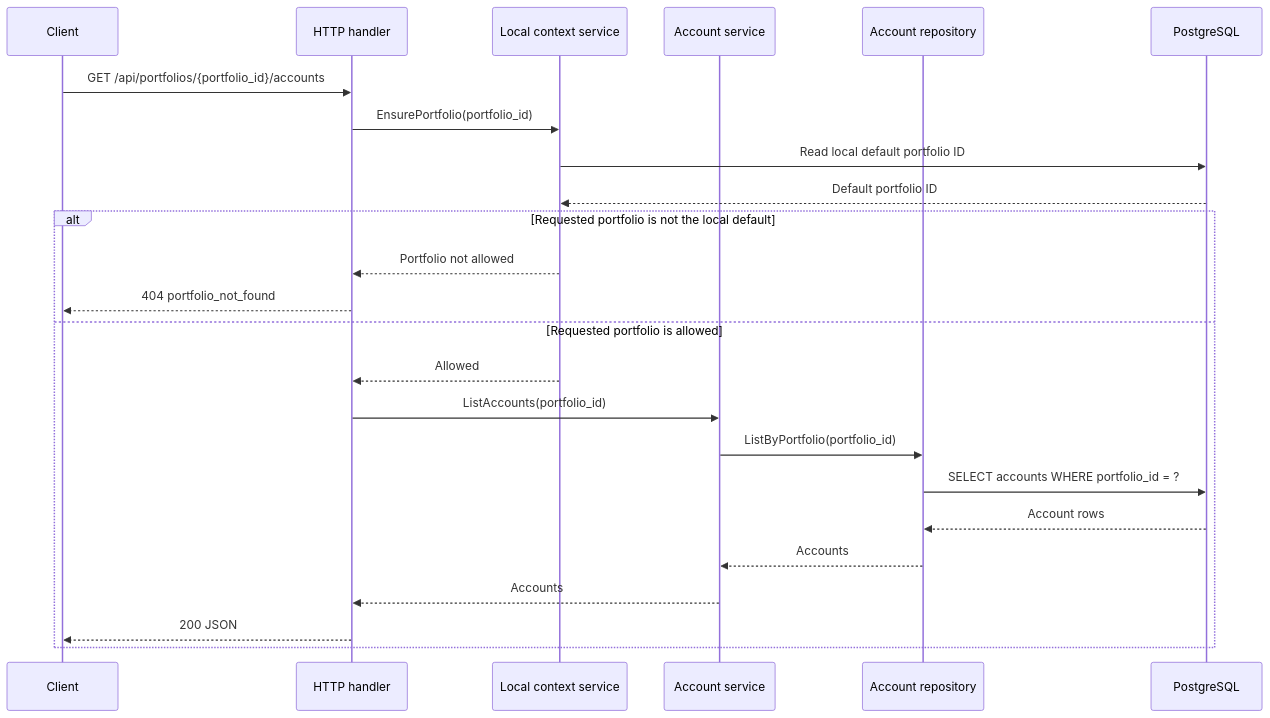
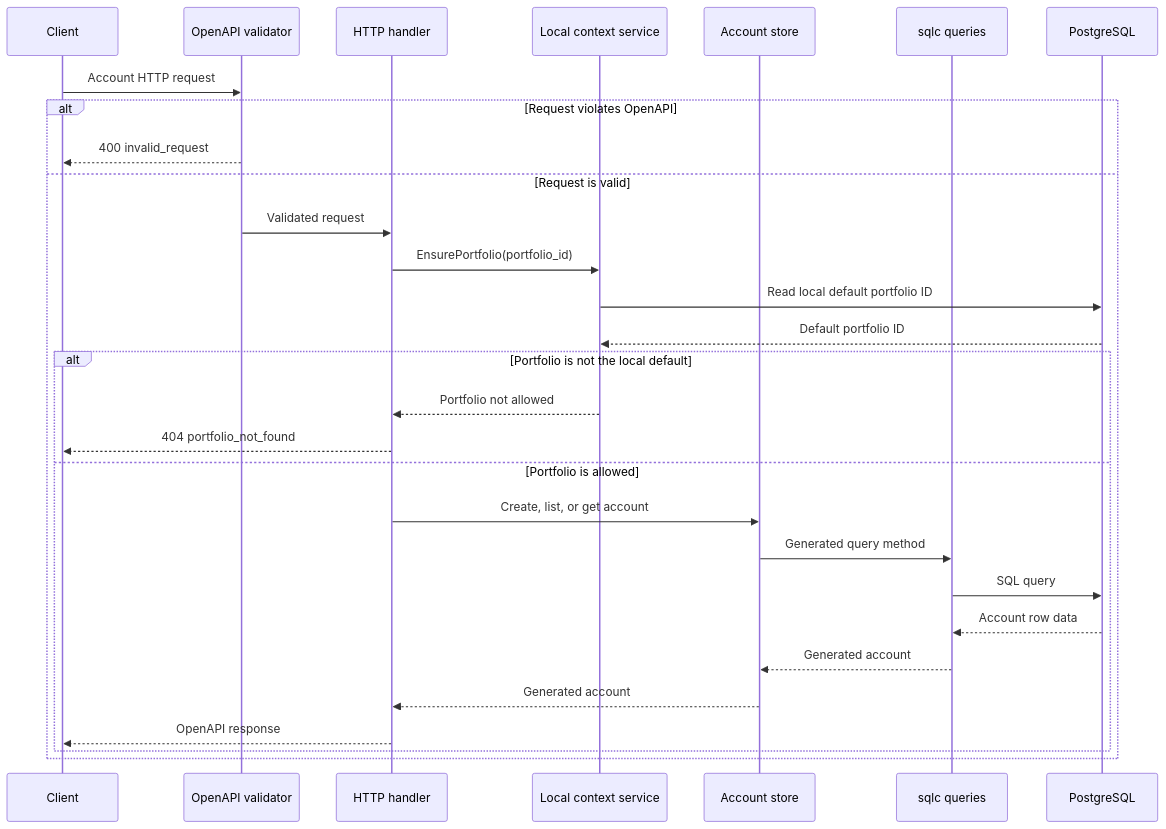
The diagram in apps/api/docs/accounts.md (finsight-org/finsight), drawn with Mermaid before and after one commit. The commit also changed other lines of this file and 35 other files, not shown here.

First line of the commit message:
Refactor account feature around sqlc (#20)

````diff
--- a/apps/api/docs/accounts.md
+++ b/apps/api/docs/accounts.md
@@ -11,27 +11,32 @@
 ```mermaid
 sequenceDiagram
     participant C as Client
+    participant O as OpenAPI validator
     participant H as HTTP handler
     participant L as Local context service
-    participant S as Account service
-    participant R as Account repository
+    participant A as Account store
+    participant Q as sqlc queries
     participant DB as PostgreSQL
 
-    C->>H: GET /api/portfolios/{portfolio_id}/accounts
-    H->>L: EnsurePortfolio(portfolio_id)
-    L->>DB: Read local default portfolio ID
-    DB-->>L: Default portfolio ID
-    alt Requested portfolio is not the local default
-        L-->>H: Portfolio not allowed
-        H-->>C: 404 portfolio_not_found
-    else Requested portfolio is allowed
-        L-->>H: Allowed
-        H->>S: ListAccounts(portfolio_id)
-        S->>R: ListByPortfolio(portfolio_id)
-        R->>DB: SELECT accounts WHERE portfolio_id = ?
-        DB-->>R: Account rows
-        R-->>S: Accounts
-        S-->>H: Accounts
-        H-->>C: 200 JSON
+    C->>O: Account HTTP request
+    alt Request violates OpenAPI
+        O-->>C: 400 invalid_request
+    else Request is valid
+        O->>H: Validated request
+        H->>L: EnsurePortfolio(portfolio_id)
+        L->>DB: Read local default portfolio ID
+        DB-->>L: Default portfolio ID
+        alt Portfolio is not the local default
+            L-->>H: Portfolio not allowed
+            H-->>C: 404 portfolio_not_found
+        else Portfolio is allowed
+            H->>A: Create, list, or get account
+            A->>Q: Generated query method
+            Q->>DB: SQL query
+            DB-->>Q: Account row data
+            Q-->>A: Generated account
+            A-->>H: Generated account
+            H-->>C: OpenAPI response
+        end
     end
 ```
````
